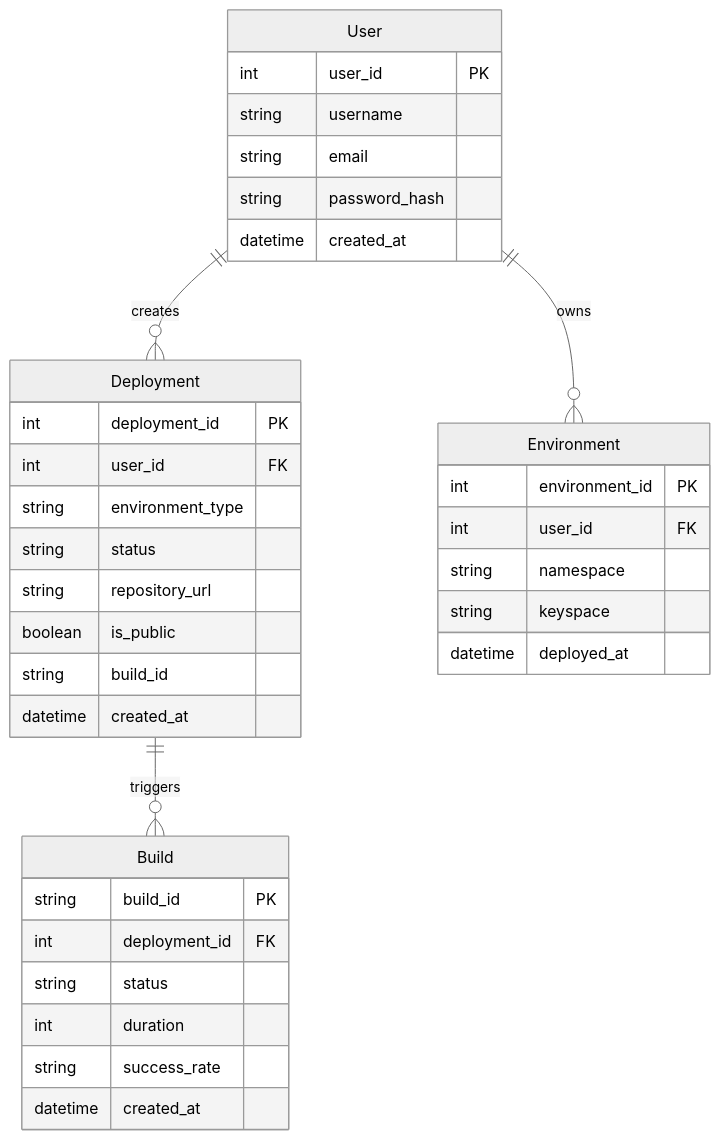
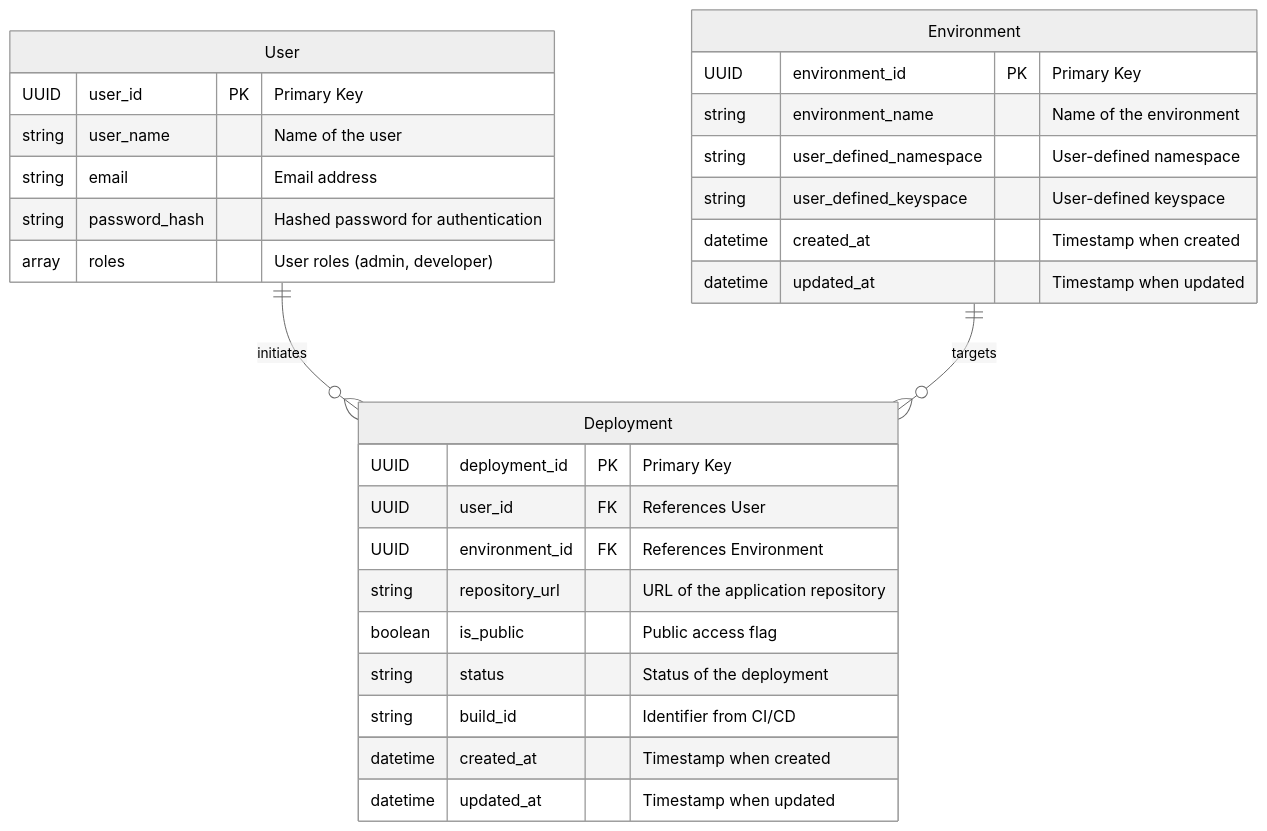
One commit to Ksenniya/quart-client-template changed the diagram in entity/entities_design.md. Above: the diagram before and after it, drawn with Mermaid (neutral theme). The commit also changed other lines of this file, not shown here.

````diff
--- a/entity/entities_design.md
+++ b/entity/entities_design.md
@@ -45,42 +35,34 @@
 ```mermaid
 erDiagram
     User {
-        int user_id PK
-        string username
-        string email
-        string password_hash
-        datetime created_at
+        UUID user_id PK "Primary Key"
+        string user_name "Name of the user"
+        string email "Email address"
+        string password_hash "Hashed password for authentication"
+        array roles "User roles (admin, developer)"
     }
 
     Deployment {
-        int deployment_id PK
-        int user_id FK
-        string environment_type
-        string status
-        string repository_url
-        boolean is_public
-        string build_id
-        datetime created_at
-    }
-
-    Build {
-        string build_id PK
-        int deployment_id FK
-        string status
-        int duration
-        string success_rate
-        datetime created_at
+        UUID deployment_id PK "Primary Key"
+        UUID user_id FK "References User"
+        UUID environment_id FK "References Environment"
+        string repository_url "URL of the application repository"
+        boolean is_public "Public access flag"
+        string status "Status of the deployment"
+        string build_id "Identifier from CI/CD"
+        datetime created_at "Timestamp when created"
+        datetime updated_at "Timestamp when updated"
     }
 
     Environment {
-        int environment_id PK
-        int user_id FK
-        string namespace
-        string keyspace
-        datetime deployed_at
+        UUID environment_id PK "Primary Key"
+        string environment_name "Name of the environment"
+        string user_defined_namespace "User-defined namespace"
+        string user_defined_keyspace "User-defined keyspace"
+        datetime created_at "Timestamp when created"
+        datetime updated_at "Timestamp when updated"
     }
 
-    User ||--o{ Deployment : "creates"
-    User ||--o{ Environment : "owns"
-    Deployment ||--o{ Build : "triggers"
+    User ||--o{ Deployment : initiates
+    Environment ||--o{ Deployment : targets
 ```
````
